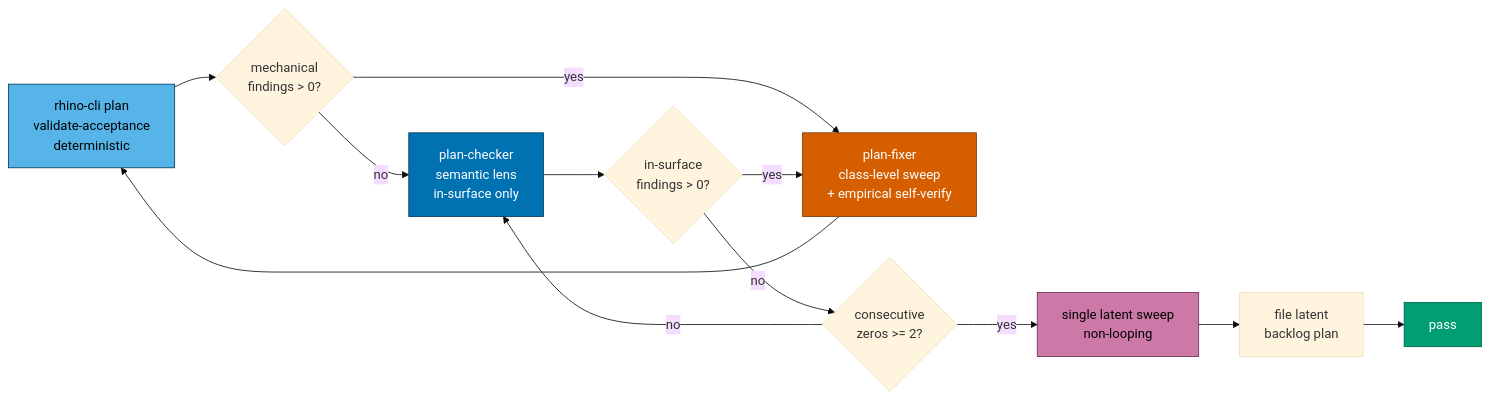
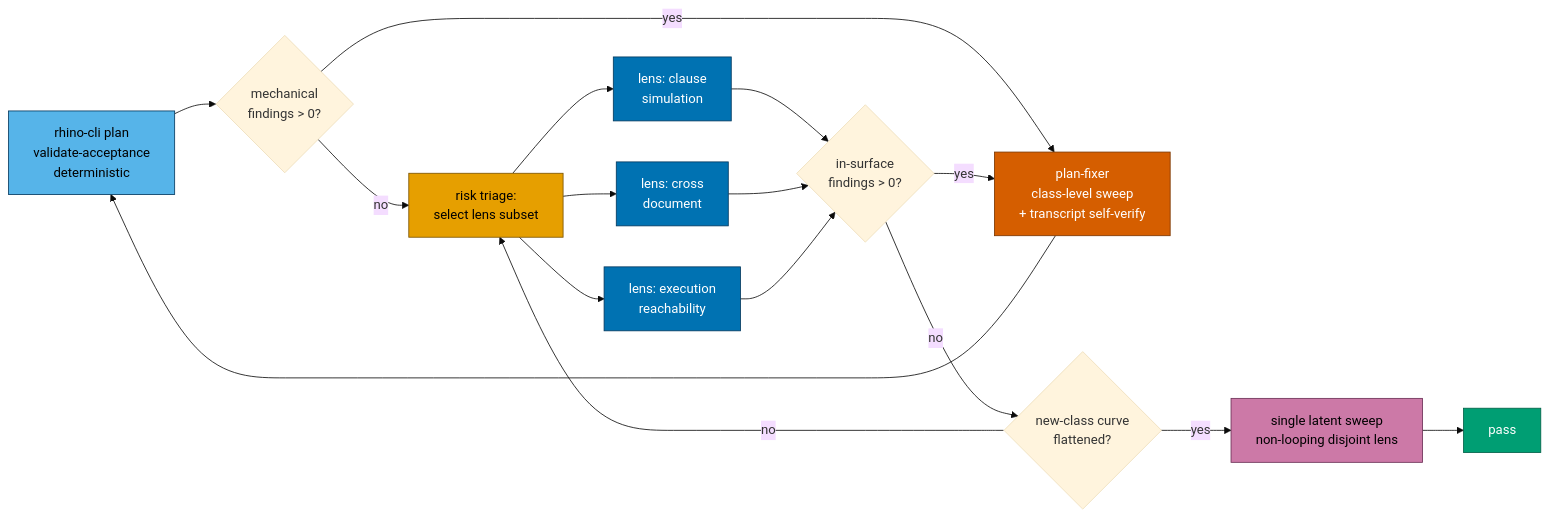
One commit to wahidyankf/baseerah changed the second of 7 diagrams in plans/backlog/2026-07-20__plan-quality-gate-convergence/tech-docs.md. Above: the diagram before and after it, drawn with Mermaid (base theme). The commit also changed other lines of this file and 11 other files, not shown here.

````diff
--- a/plans/backlog/2026-07-20__plan-quality-gate-convergence/tech-docs.md
+++ b/plans/backlog/2026-07-20__plan-quality-gate-convergence/tech-docs.md
@@ -27,21 +27,28 @@
 ```mermaid
-%% Target loop — three lenses, bounded termination, class-level repair
+%% Target loop — parallel disjoint lenses, saturation termination, class-level repair
 flowchart LR
   P[rhino-cli plan<br/>validate-acceptance<br/>deterministic] --> Q{mechanical<br/>findings > 0?}
-  Q -- yes --> R[plan-fixer<br/>class-level sweep<br/>+ empirical self-verify]
+  Q -- yes --> R[plan-fixer<br/>class-level sweep<br/>+ transcript self-verify]
   R --> P
-  Q -- no --> S[plan-checker<br/>semantic lens<br/>in-surface only]
-  S --> T{in-surface<br/>findings > 0?}
+  Q -- no --> TR[risk triage:<br/>select lens subset]
+  TR --> L1[lens: clause<br/>simulation]
+  TR --> L2[lens: cross<br/>document]
+  TR --> L3[lens: execution<br/>reachability]
+  L1 --> T{in-surface<br/>findings > 0?}
+  L2 --> T
+  L3 --> T
   T -- yes --> R
-  T -- no --> U{consecutive<br/>zeros >= 2?}
-  U -- no --> S
-  U -- yes --> V[single latent sweep<br/>non-looping]
-  V --> W[file latent<br/>backlog plan]
-  W --> X[pass]
+  T -- no --> U{new-class curve<br/>flattened?}
+  U -- no --> TR
+  U -- yes --> V[single latent sweep<br/>non-looping disjoint lens]
+  V --> X[pass]
 
   style P fill:#56B4E9,stroke:#04395E,color:#000000
-  style S fill:#0072B2,stroke:#04395E,color:#FFFFFF
+  style TR fill:#E69F00,stroke:#7A5200,color:#000000
+  style L1 fill:#0072B2,stroke:#04395E,color:#FFFFFF
+  style L2 fill:#0072B2,stroke:#04395E,color:#FFFFFF
+  style L3 fill:#0072B2,stroke:#04395E,color:#FFFFFF
   style R fill:#D55E00,stroke:#7A3600,color:#FFFFFF
   style V fill:#CC79A7,stroke:#6B2F55,color:#000000
   style X fill:#009E73,stroke:#006147,color:#FFFFFF
 ```
````
